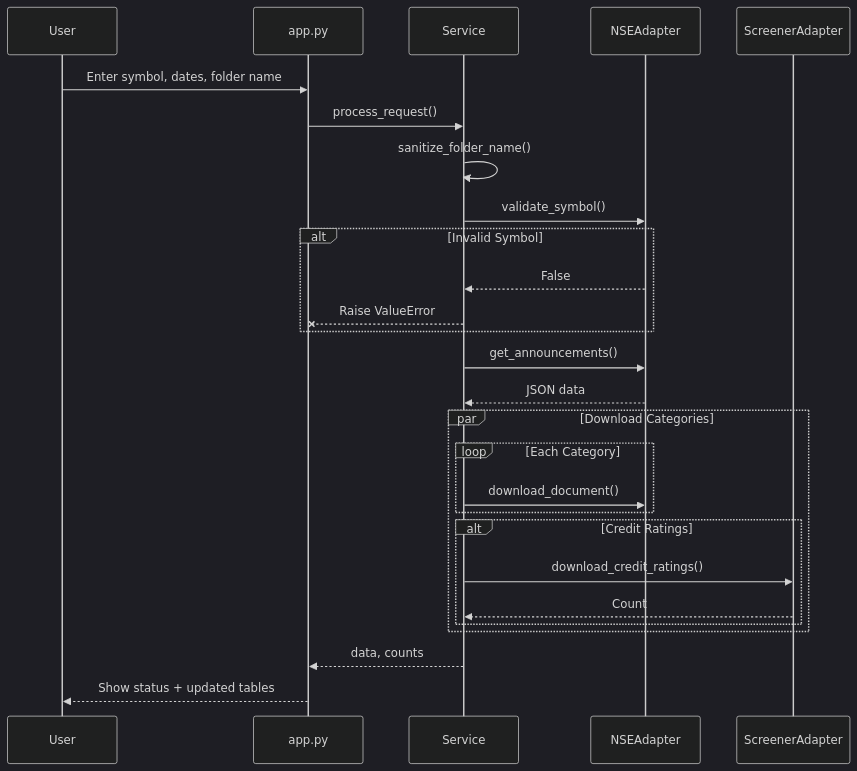
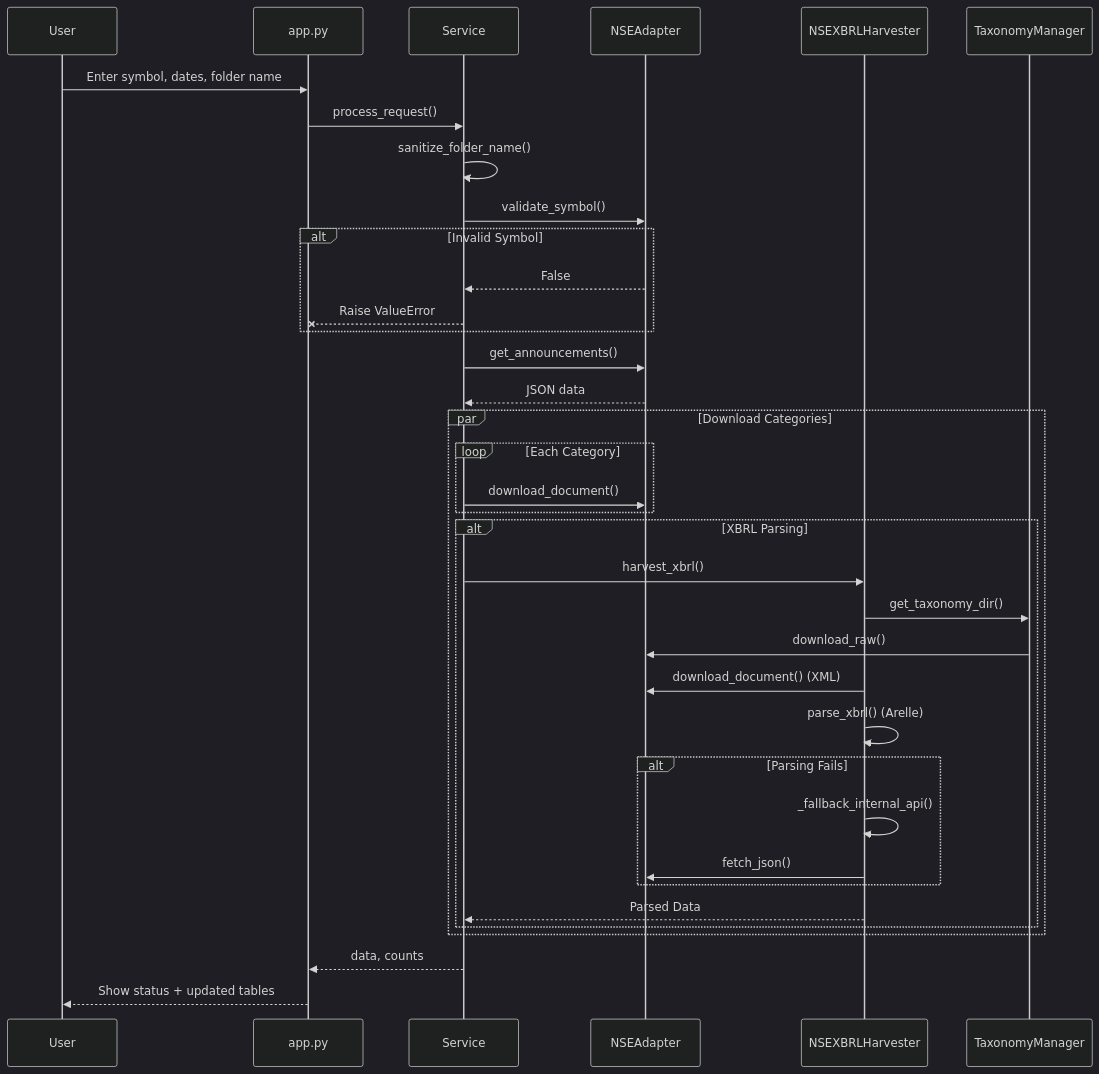
The second of 2 diagrams in .context/ARCHITECTURE.md (eggmasonvalue/KnowledgeLM), drawn with Mermaid (dark theme) before and after one commit. The commit also changed other lines of this file and 3 other files, not shown here.

````diff
--- a/.context/ARCHITECTURE.md
+++ b/.context/ARCHITECTURE.md
@@ -160,34 +161,43 @@
 ```mermaid
 sequenceDiagram
     participant U as User
     participant A as app.py
     participant S as Service
     participant N as NSEAdapter
-    participant SC as ScreenerAdapter
+    participant X as NSEXBRLHarvester
+    participant T as TaxonomyManager
 
     U->>A: Enter symbol, dates, folder name
     A->>S: process_request()
     S->>S: sanitize_folder_name()
-    
+
     S->>N: validate_symbol()
     alt Invalid Symbol
         N-->>S: False
         S--x A: Raise ValueError
     end
 
     S->>N: get_announcements()
     N-->>S: JSON data
-    
+
     par Download Categories
         loop Each Category
              S->>N: download_document()
         end
-        alt Credit Ratings
-             S->>SC: download_credit_ratings()
-             SC-->>S: Count
+        alt XBRL Parsing
+             S->>X: harvest_xbrl()
+             X->>T: get_taxonomy_dir()
+             T->>N: download_raw()
+             X->>N: download_document() (XML)
+             X->>X: parse_xbrl() (Arelle)
+             alt Parsing Fails
+                X->>X: _fallback_internal_api()
+                X->>N: fetch_json()
+             end
+             X-->>S: Parsed Data
         end
     end
-    
+
     S-->>A: data, counts
     A-->>U: Show status + updated tables
 ```
````
